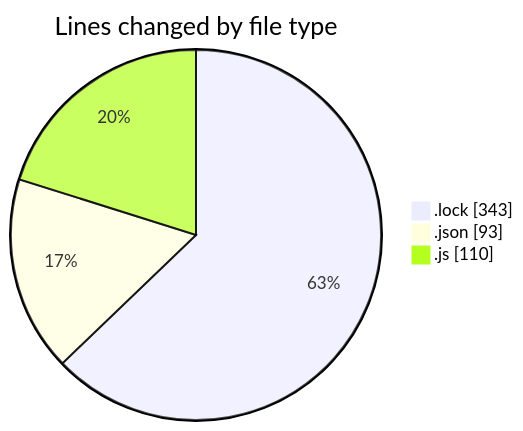
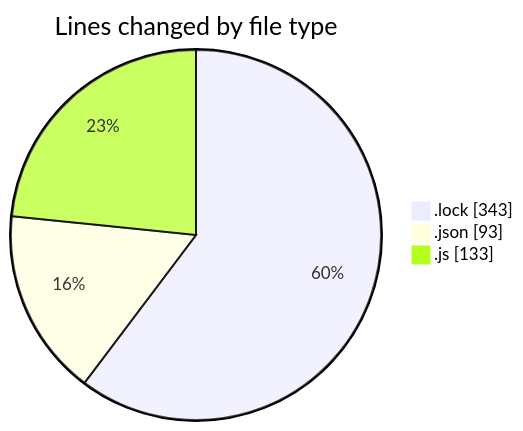
Before and after one commit to momahboobian/code-tracking: the first of 2 diagrams in 2025-01-30/cda/README.md, drawn with Mermaid. The commit also changed other lines of this file and 1 other file, not shown here.

````diff
--- a/2025-01-30/cda/README.md
+++ b/2025-01-30/cda/README.md
@@ -26,7 +26,7 @@
 ```mermaid
 pie showData
 title Lines changed by file type
 ".lock" : 343
 ".json" : 93
-".js" : 110
+".js" : 133
 ```
````
